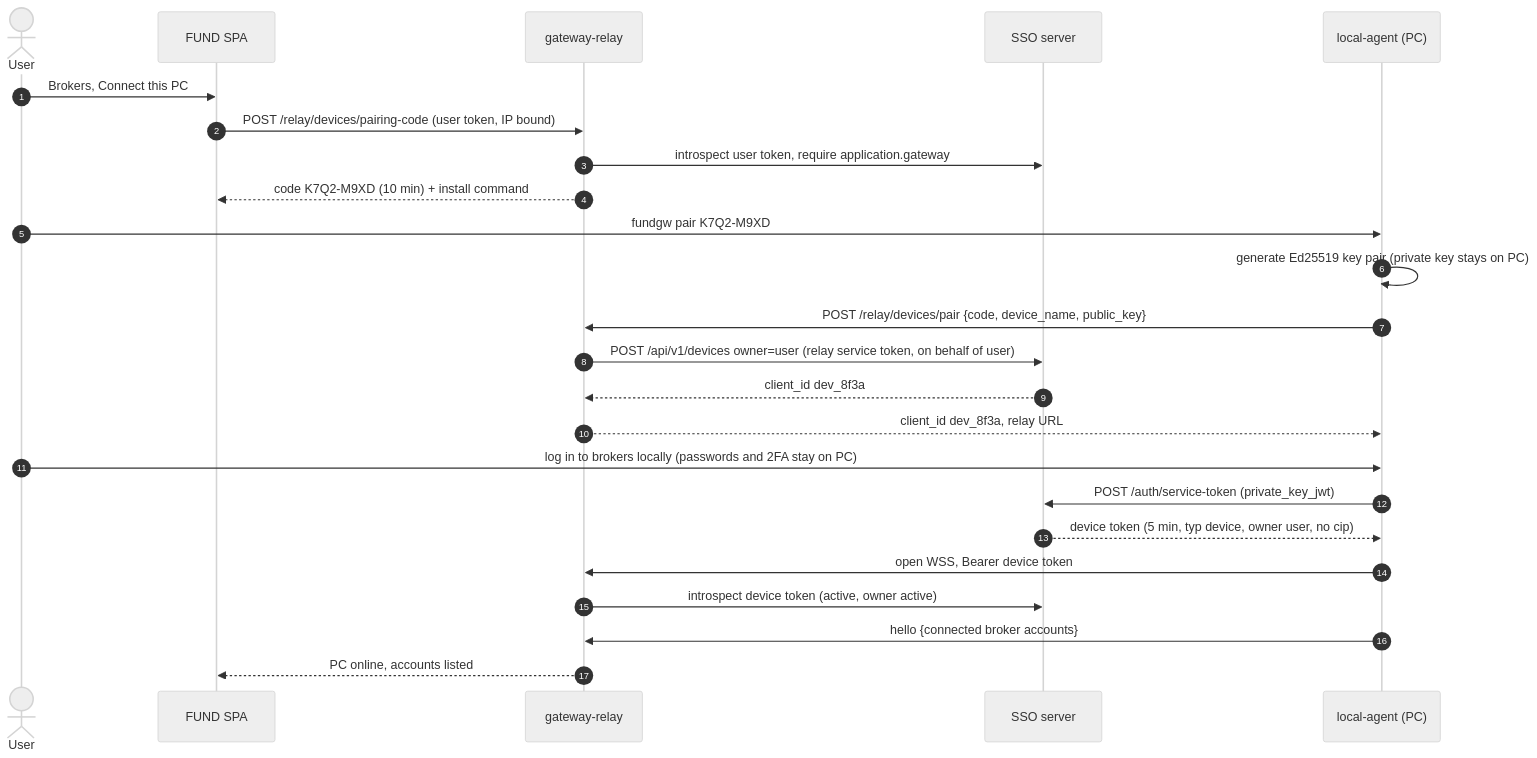
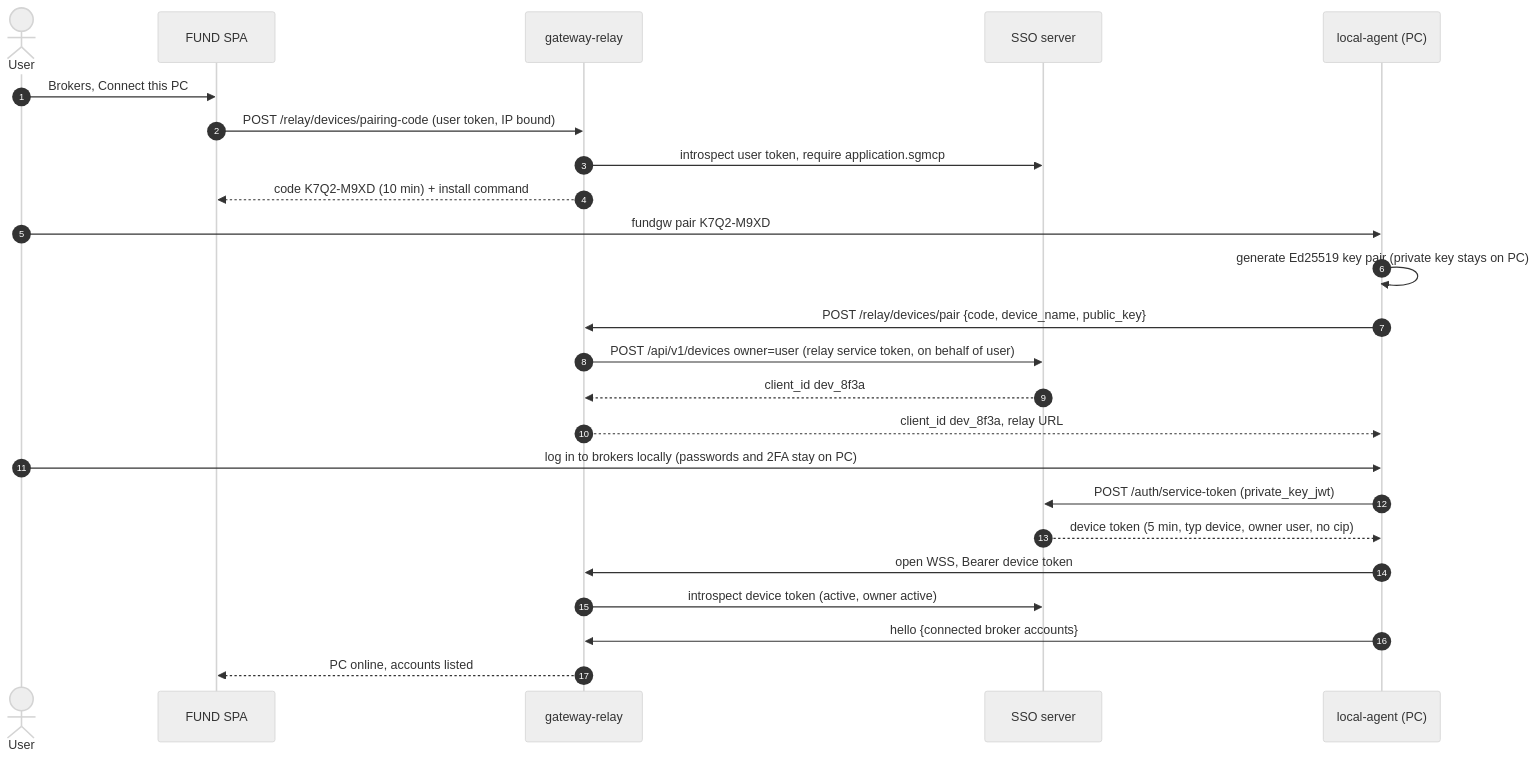
The seventh of 18 diagrams in docs/ECOSYSTEM-INTEGRATION.md (Neural-Matrix-LLC/SSO-server), drawn with Mermaid (neutral theme) before and after one commit. The commit also changed other lines of this file and 9 other files, not shown here.

Commit message:
improve documentation add SSO-admin-user manual

````diff
--- a/docs/ECOSYSTEM-INTEGRATION.md
+++ b/docs/ECOSYSTEM-INTEGRATION.md
@@ -414,26 +427,26 @@
 ```mermaid
 sequenceDiagram
   autonumber
   actor U as User
   participant SPA as FUND SPA
   participant RL as gateway-relay
   participant SSO as SSO server
   participant LA as local-agent (PC)
   U->>SPA: Brokers, Connect this PC
   SPA->>RL: POST /relay/devices/pairing-code (user token, IP bound)
-  RL->>SSO: introspect user token, require application.gateway
+  RL->>SSO: introspect user token, require application.sgmcp
   RL-->>SPA: code K7Q2-M9XD (10 min) + install command
   U->>LA: fundgw pair K7Q2-M9XD
   LA->>LA: generate Ed25519 key pair (private key stays on PC)
   LA->>RL: POST /relay/devices/pair {code, device_name, public_key}
   RL->>SSO: POST /api/v1/devices owner=user (relay service token, on behalf of user)
   SSO-->>RL: client_id dev_8f3a
   RL-->>LA: client_id dev_8f3a, relay URL
   U->>LA: log in to brokers locally (passwords and 2FA stay on PC)
   LA->>SSO: POST /auth/service-token (private_key_jwt)
   SSO-->>LA: device token (5 min, typ device, owner user, no cip)
   LA->>RL: open WSS, Bearer device token
   RL->>SSO: introspect device token (active, owner active)
   LA->>RL: hello {connected broker accounts}
   RL-->>SPA: PC online, accounts listed
 ```
````
